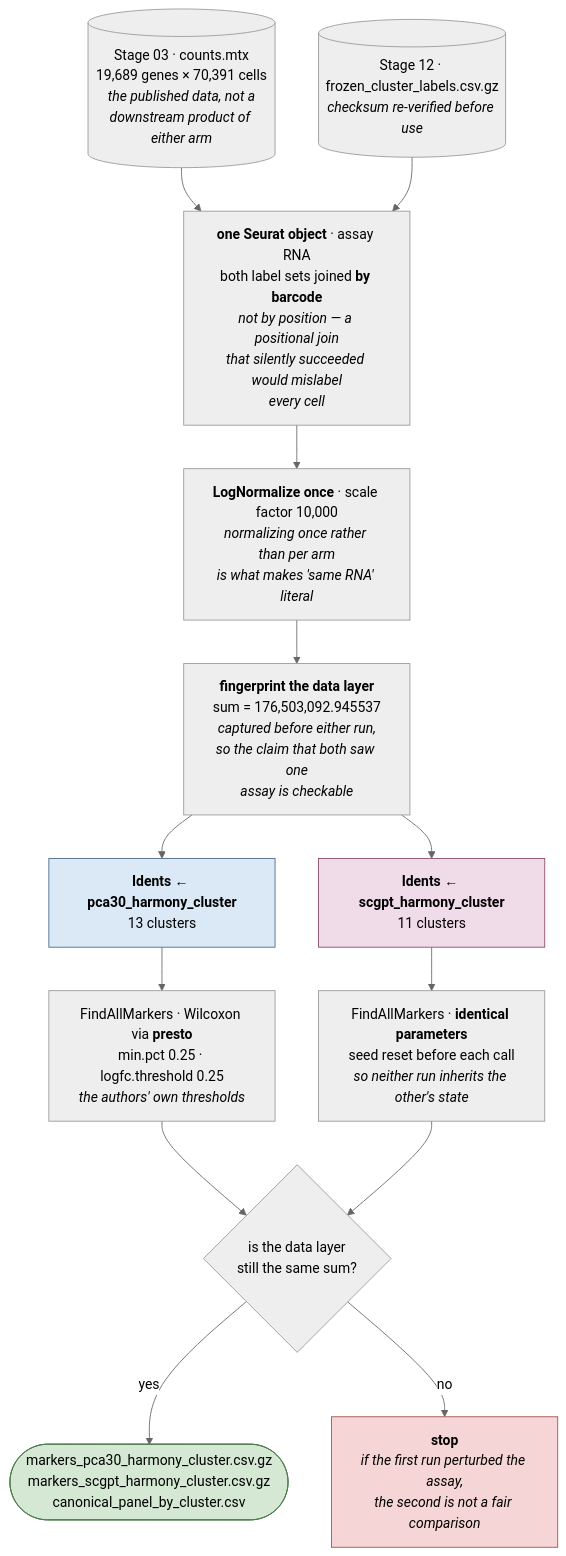
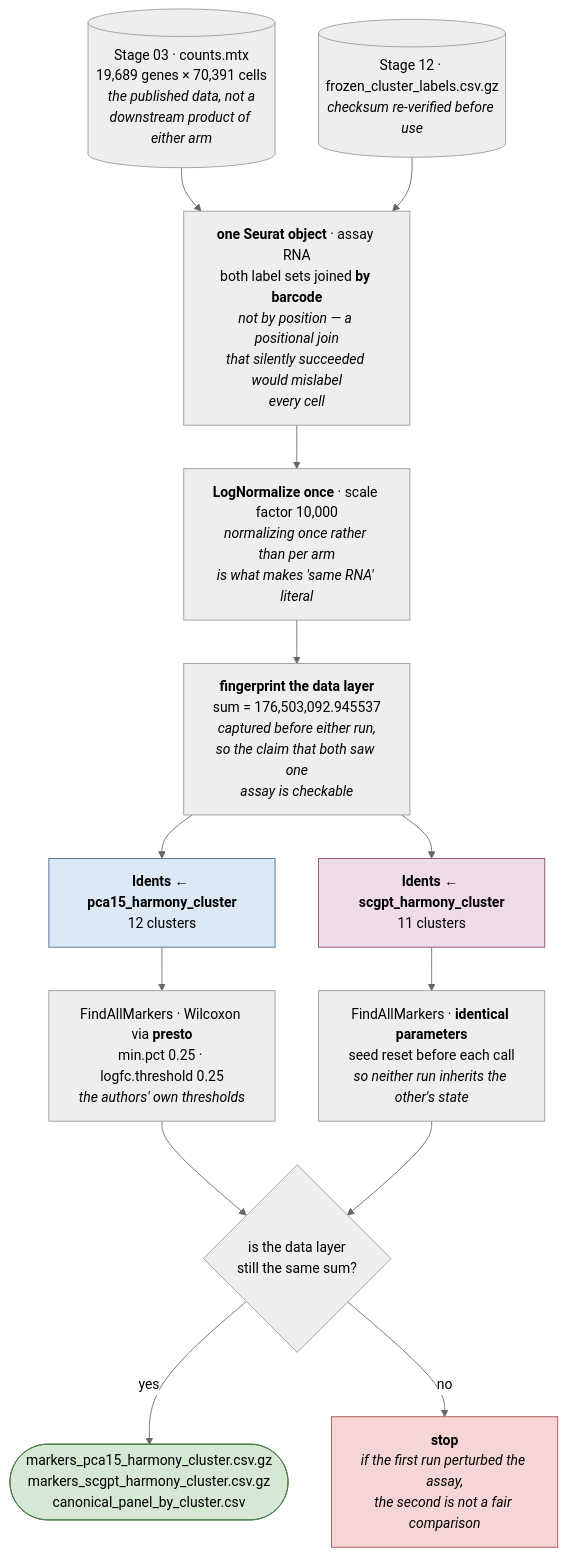
The ninth of 11 diagrams in 01_PROJECT_OVERVIEW/ANALYSIS_WALKTHROUGH.md (sivatej800-oss/T-cell-representations), drawn with Mermaid (neutral theme) before and after one commit. The commit also changed other lines of this file and 95 other files, not shown here.

````diff
--- a/01_PROJECT_OVERVIEW/ANALYSIS_WALKTHROUGH.md
+++ b/01_PROJECT_OVERVIEW/ANALYSIS_WALKTHROUGH.md
@@ -583,33 +604,33 @@
 ```mermaid
 flowchart TD
     A[("Stage 03 · counts.mtx<br/>19,689 genes × 70,391 cells<br/><i>the published data, not a<br/>downstream product of either arm</i>")]
     B[("Stage 12 · frozen_cluster_labels.csv.gz<br/><i>checksum re-verified before use</i>")]
 
     C["<b>one Seurat object</b> · assay RNA<br/>both label sets joined <b>by barcode</b><br/><i>not by position — a positional join<br/>that silently succeeded would mislabel<br/>every cell</i>"]
     D["<b>LogNormalize once</b> · scale factor 10,000<br/><i>normalizing once rather than per arm<br/>is what makes 'same RNA' literal</i>"]
     E["<b>fingerprint the data layer</b><br/>sum = 176,503,092.945537<br/><i>captured before either run,<br/>so the claim that both saw one<br/>assay is checkable</i>"]
 
-    F["<b>Idents ← pca30_harmony_cluster</b><br/>13 clusters"]
+    F["<b>Idents ← pca15_harmony_cluster</b><br/>12 clusters"]
     G["<b>Idents ← scgpt_harmony_cluster</b><br/>11 clusters"]
 
     H["FindAllMarkers · Wilcoxon via <b>presto</b><br/>min.pct 0.25 · logfc.threshold 0.25<br/><i>the authors' own thresholds</i>"]
     I["FindAllMarkers · <b>identical parameters</b><br/>seed reset before each call<br/><i>so neither run inherits the other's state</i>"]
 
     J{"is the data layer<br/>still the same sum?"}
     K["<b>stop</b><br/><i>if the first run perturbed the assay,<br/>the second is not a fair comparison</i>"]
 
-    L(["markers_pca30_harmony_cluster.csv.gz<br/>markers_scgpt_harmony_cluster.csv.gz<br/>canonical_panel_by_cluster.csv"])
+    L(["markers_pca15_harmony_cluster.csv.gz<br/>markers_scgpt_harmony_cluster.csv.gz<br/>canonical_panel_by_cluster.csv"])
 
     A --> C
     B --> C
     C --> D --> E
     E --> F --> H --> J
     E --> G --> I --> J
     J -->|yes| L
     J -->|no| K
 
     style F fill:#dbe8f5,stroke:#4a6a8a
     style G fill:#f0dbe8,stroke:#8a4a6a
     style K fill:#f5d5d5,stroke:#a05050
     style L fill:#d4e8d4,stroke:#4a7a4a
 ```
````
